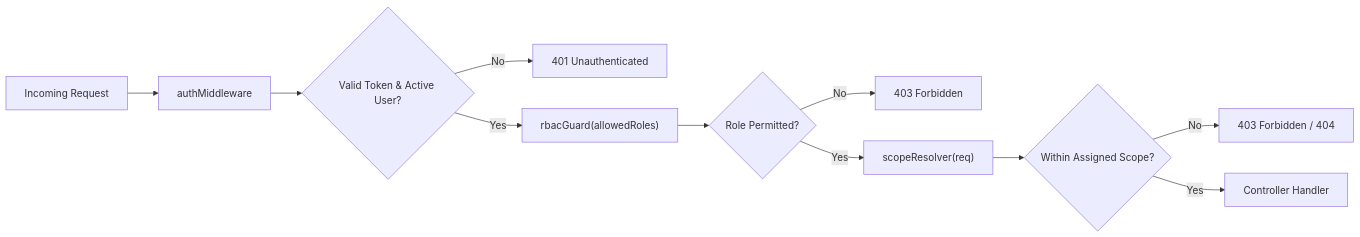
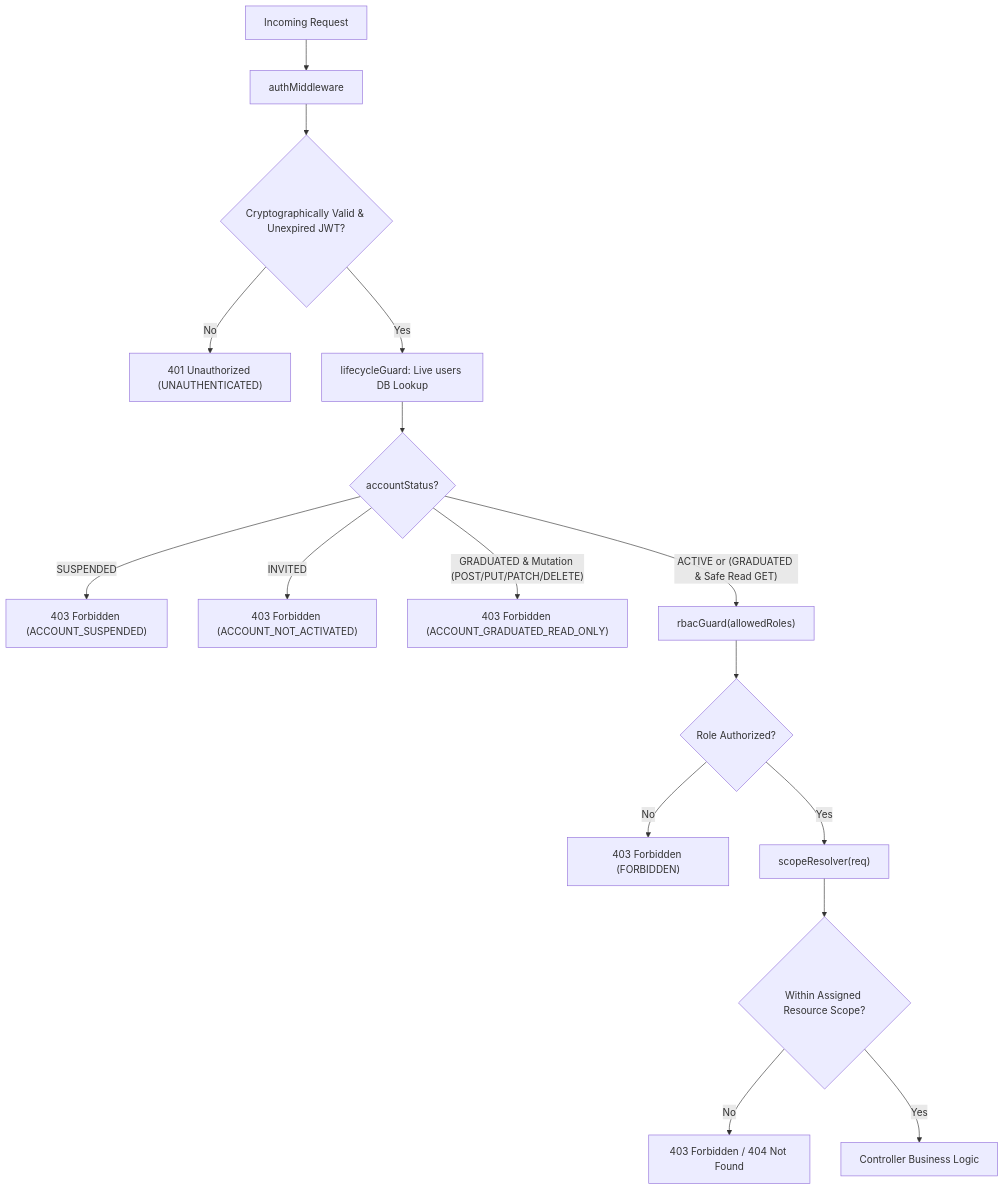
Before and after one commit to Hamidrza0008/Collage-OS: the diagram in docs/features/shared/backend-conventions.md, drawn with Mermaid. The commit also changed other lines of this file and 3 other files, not shown here.

````diff
--- a/docs/features/shared/backend-conventions.md
+++ b/docs/features/shared/backend-conventions.md
@@ -128,13 +146,18 @@
 ```mermaid
-flowchart LR
+flowchart TD
     A["Incoming Request"] --> B["authMiddleware"]
-    B --> C{"Valid Token & Active User?"}
-    C -- "No" --> D["401 Unauthenticated"]
-    C -- "Yes" --> E["rbacGuard(allowedRoles)"]
-    E --> F{"Role Permitted?"}
-    F -- "No" --> G["403 Forbidden"]
-    F -- "Yes" --> H["scopeResolver(req)"]
-    H --> I{"Within Assigned Scope?"}
-    I -- "No" --> J["403 Forbidden / 404"]
-    I -- "Yes" --> K["Controller Handler"]
+    B --> C{"Cryptographically Valid & Unexpired JWT?"}
+    C -- "No" --> D["401 Unauthorized (UNAUTHENTICATED)"]
+    C -- "Yes" --> E["lifecycleGuard: Live users DB Lookup"]
+    E --> F{"accountStatus?"}
+    F -- "SUSPENDED" --> G["403 Forbidden (ACCOUNT_SUSPENDED)"]
+    F -- "INVITED" --> H["403 Forbidden (ACCOUNT_NOT_ACTIVATED)"]
+    F -- "GRADUATED & Mutation (POST/PUT/PATCH/DELETE)" --> I["403 Forbidden (ACCOUNT_GRADUATED_READ_ONLY)"]
+    F -- "ACTIVE or (GRADUATED & Safe Read GET)" --> J["rbacGuard(allowedRoles)"]
+    J --> K{"Role Authorized?"}
+    K -- "No" --> L["403 Forbidden (FORBIDDEN)"]
+    K -- "Yes" --> M["scopeResolver(req)"]
+    M --> N{"Within Assigned Resource Scope?"}
+    N -- "No" --> O["403 Forbidden / 404 Not Found"]
+    N -- "Yes" --> P["Controller Business Logic"]
 ```
````
